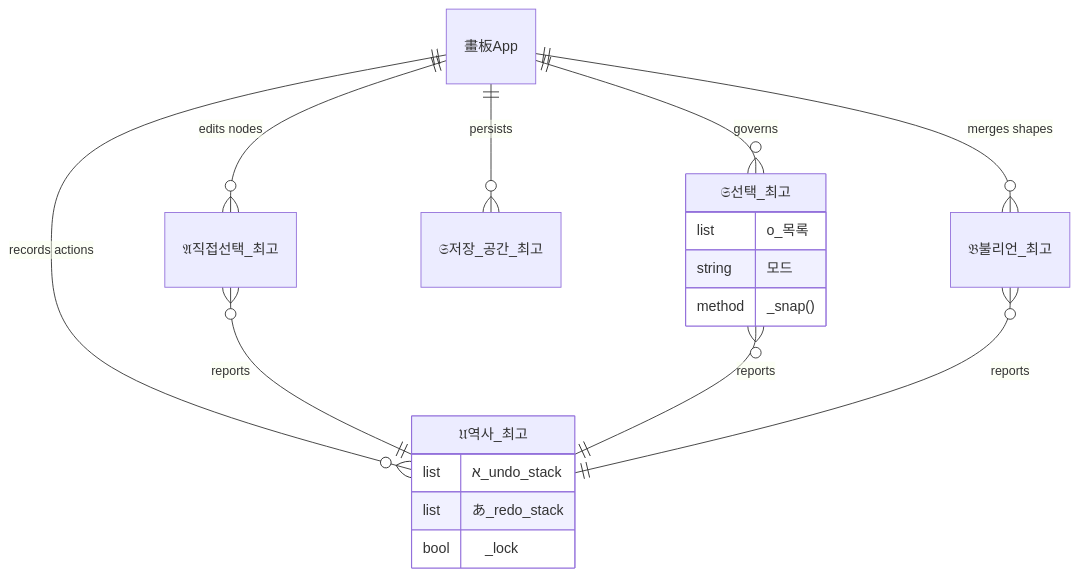
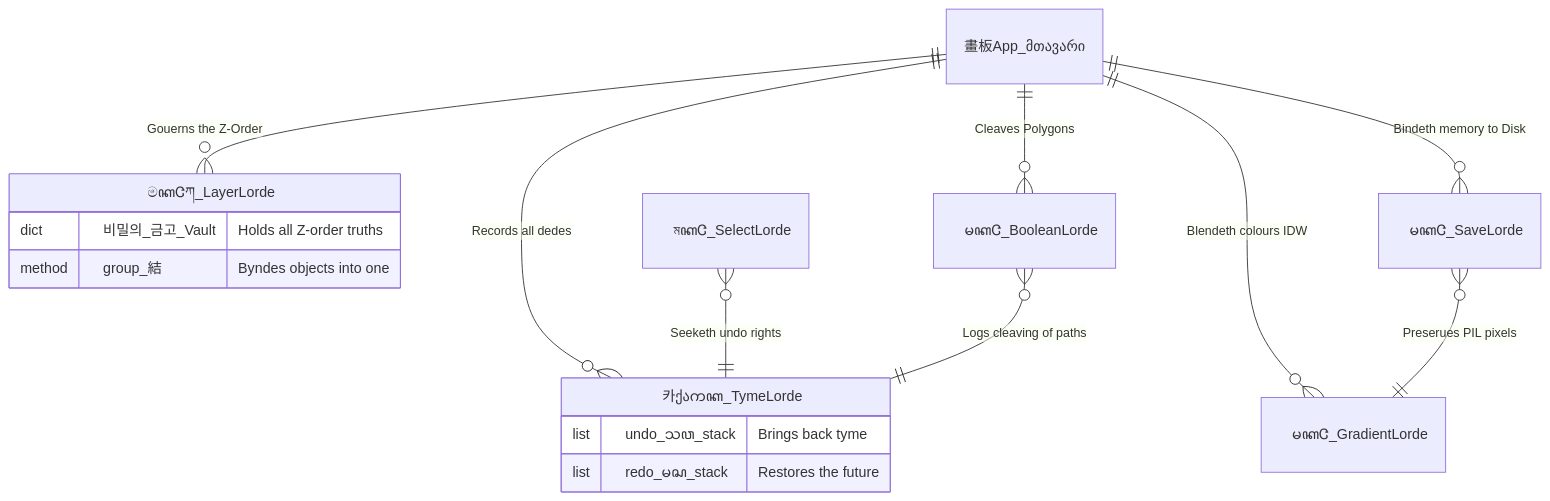
Before and after one commit to hslcrb/supre-me_ilrustration: the diagram in README.md, drawn with Mermaid. The commit also changed other lines of this file, not shown here.

Commit message:
Docs: Transcribed the Holy Scriptorium of Supre-me into Arthurian English and Old Baekje/Silla Korean with Mermaid ERD incantations

````diff
--- a/README.md
+++ b/README.md
@@ -14,24 +33,26 @@
 ```mermaid
 erDiagram
-    畫板App ||--o{ 𝔖선택_최고 : "governs"
-    畫板App ||--o{ 𝔄직접선택_최고 : "edits nodes"
-    畫板App ||--o{ 𝔘역사_최고 : "records actions"
-    畫板App ||--o{ 𝔖저장_공간_최고 : "persists"
-    畫板App ||--o{ 𝔅불리언_최고 : "merges shapes"
+    %% The main hold of the Kyngdome
+    畫板App_მთავარი ||--o{ ㅤ카ქაကꦏ_TymeLorde : "Records all dedes"
+    畫板App_მთავარი ||--o{ ㅤමꦏᏣཀ_LayerLorde : "Gouerns the Z-Order"
+    畫板App_მთავარი ||--o{ ㅤမꦏᏣ_BooleanLorde : "Cleaves Polygons"
+    畫板App_მთავარი ||--o{ ㅤမꦏᏣ_SaveLorde : "Bindeth memory to Disk"
+    畫板App_მთავარი ||--o{ ㅤမꦏᏣ_GradientLorde : "Blendeth colours IDW"
     
-    𝔄직접선택_최고 }o--|| 𝔘역사_최고 : "reports"
-    𝔖선택_최고 }o--|| 𝔘역사_최고 : "reports"
-    𝔅불리언_최고 }o--|| 𝔘역사_최고 : "reports"
-    
-    𝔘역사_최고 {
-        list א_undo_stack
-        list あ_redo_stack
-        bool ㅤ_lock
+    %% Tyme Lorde relationships
+    ㅤ카ქაကꦏ_TymeLorde {
+        list ㅤundo_သꦮ_stack "Brings back tyme"
+        list ㅤredo_မꦱ_stack "Restores the future"
     }
-    
-    𝔖선택_최고 {
-        list о_목록
-        string 모드
-        method _snap()
+
+    %% Layer Lorde relationships
+    ㅤමꦏᏣཀ_LayerLorde {
+        dict ㅤ비밀의_금고_Vault "Holds all Z-order truths"
+        method ㅤgroup_結 "Byndes objects into one"
     }
+
+    %% Core interactions
+    ㅤমꦏᏣ_SelectLorde }o--|| ㅤ카ქაကꦏ_TymeLorde : "Seeketh undo rights"
+    ㅤမꦏᏣ_SaveLorde }o--|| ㅤမꦏᏣ_GradientLorde : "Preserues PIL pixels"
+    ㅤမꦏᏣ_BooleanLorde }o--|| ㅤ카ქაကꦏ_TymeLorde : "Logs cleaving of paths"
 ```
````
